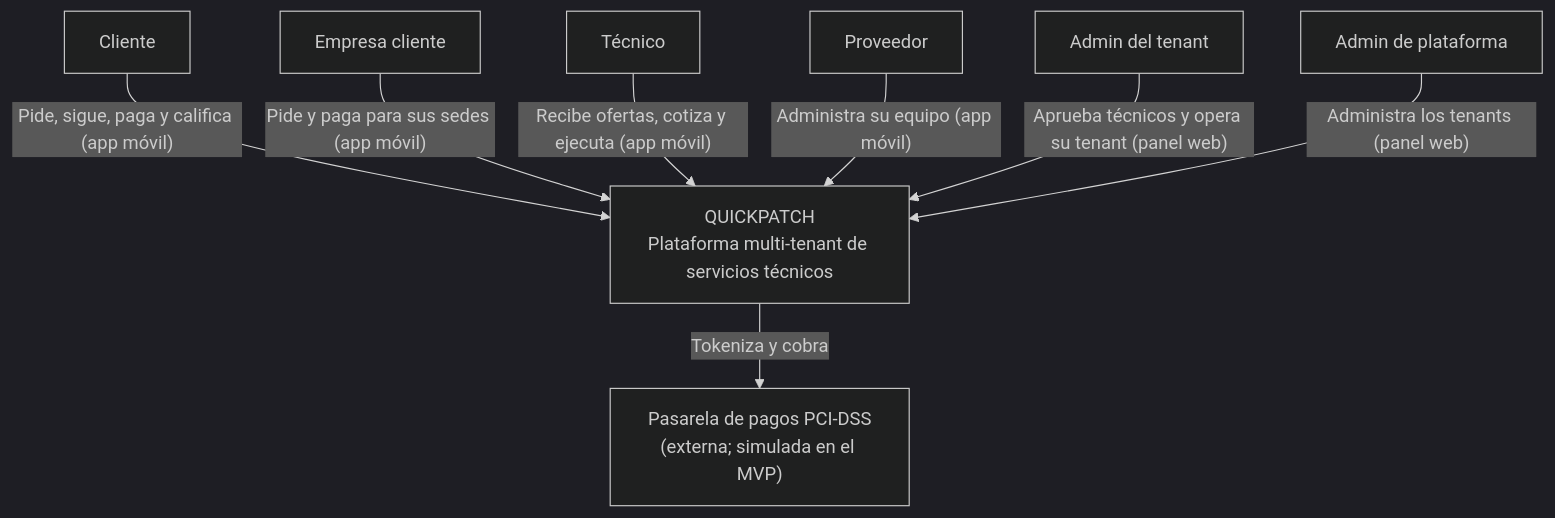
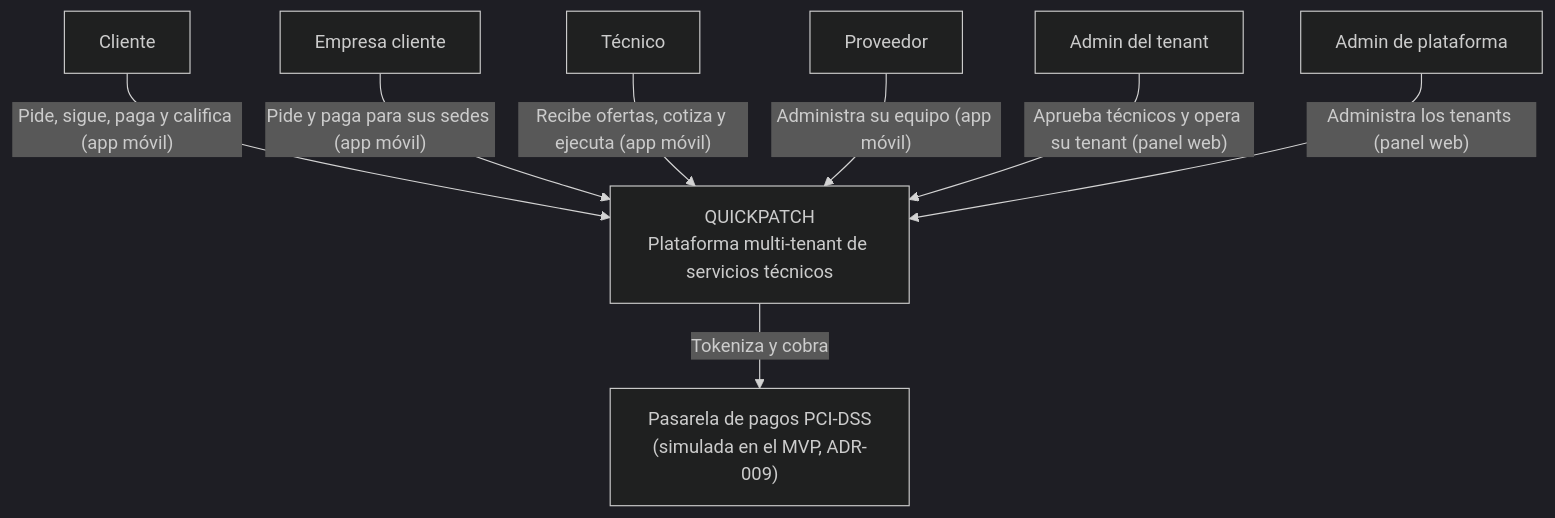
The first of 4 diagrams in docs/architecture/DIAGRAMS_SCRUM575_C4_CONTEXT_CONTAINERS.md (ARQUI-202630/quickpatch), drawn with Mermaid (dark theme) before and after one commit. The commit also changed other lines of this file, not shown here.

First line of the commit message:
docs(SCRUM-575/578): excepciones de ADR-025 y sin elementos futuros

````diff
--- a/docs/architecture/DIAGRAMS_SCRUM575_C4_CONTEXT_CONTAINERS.md
+++ b/docs/architecture/DIAGRAMS_SCRUM575_C4_CONTEXT_CONTAINERS.md
@@ -15,20 +15,20 @@
 ```mermaid
 graph TB
     Cliente["Cliente"]
     Empresa["Empresa cliente"]
     Tecnico["Técnico"]
     Proveedor["Proveedor"]
     AdminT["Admin del tenant"]
     AdminP["Admin de plataforma"]
 
     QP["QUICKPATCH<br/>Plataforma multi-tenant de servicios técnicos"]
-    Pasarela["Pasarela de pagos PCI-DSS<br/>(externa; simulada en el MVP)"]
+    Pasarela["Pasarela de pagos PCI-DSS<br/>(simulada en el MVP, ADR-009)"]
 
     Cliente -->|"Pide, sigue, paga y califica (app móvil)"| QP
     Empresa -->|"Pide y paga para sus sedes (app móvil)"| QP
     Tecnico -->|"Recibe ofertas, cotiza y ejecuta (app móvil)"| QP
     Proveedor -->|"Administra su equipo (app móvil)"| QP
     AdminT -->|"Aprueba técnicos y opera su tenant (panel web)"| QP
     AdminP -->|"Administra los tenants (panel web)"| QP
     QP -->|"Tokeniza y cobra"| Pasarela
 ```
````
